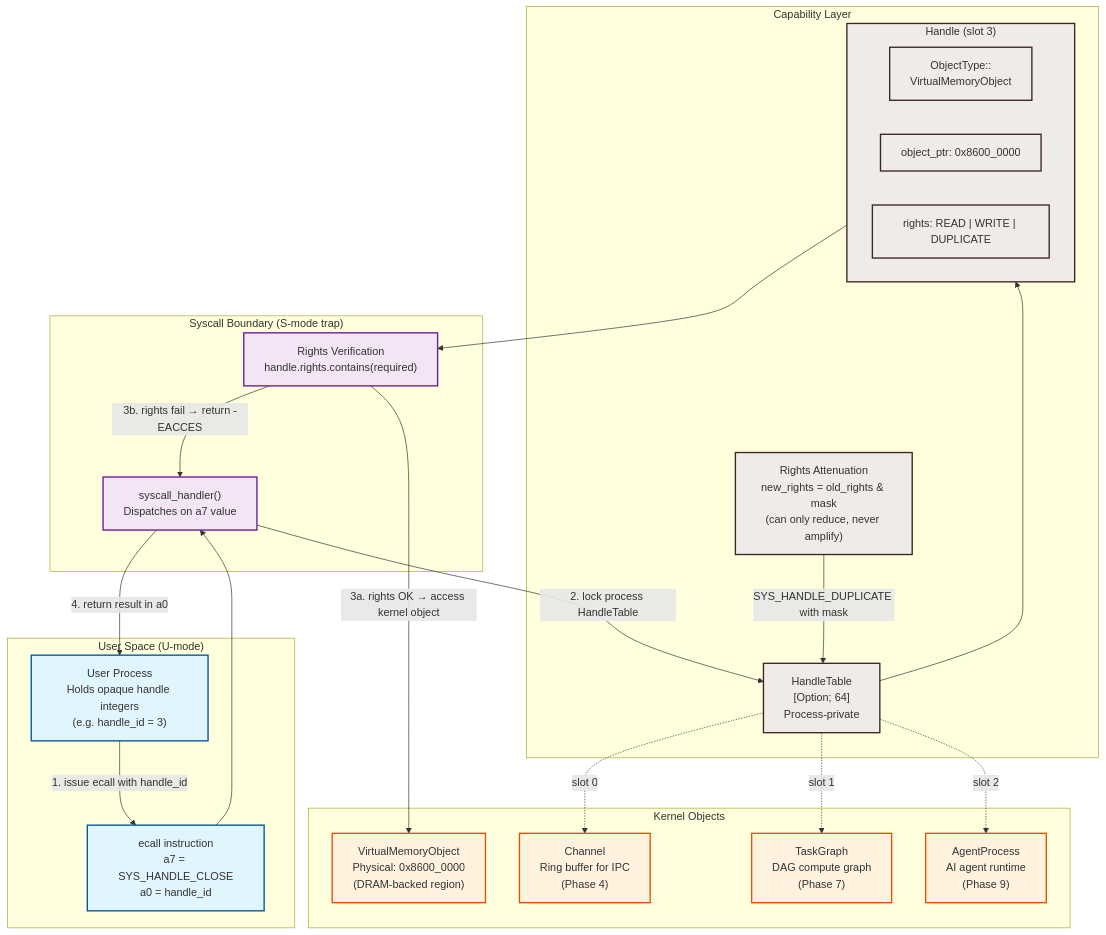
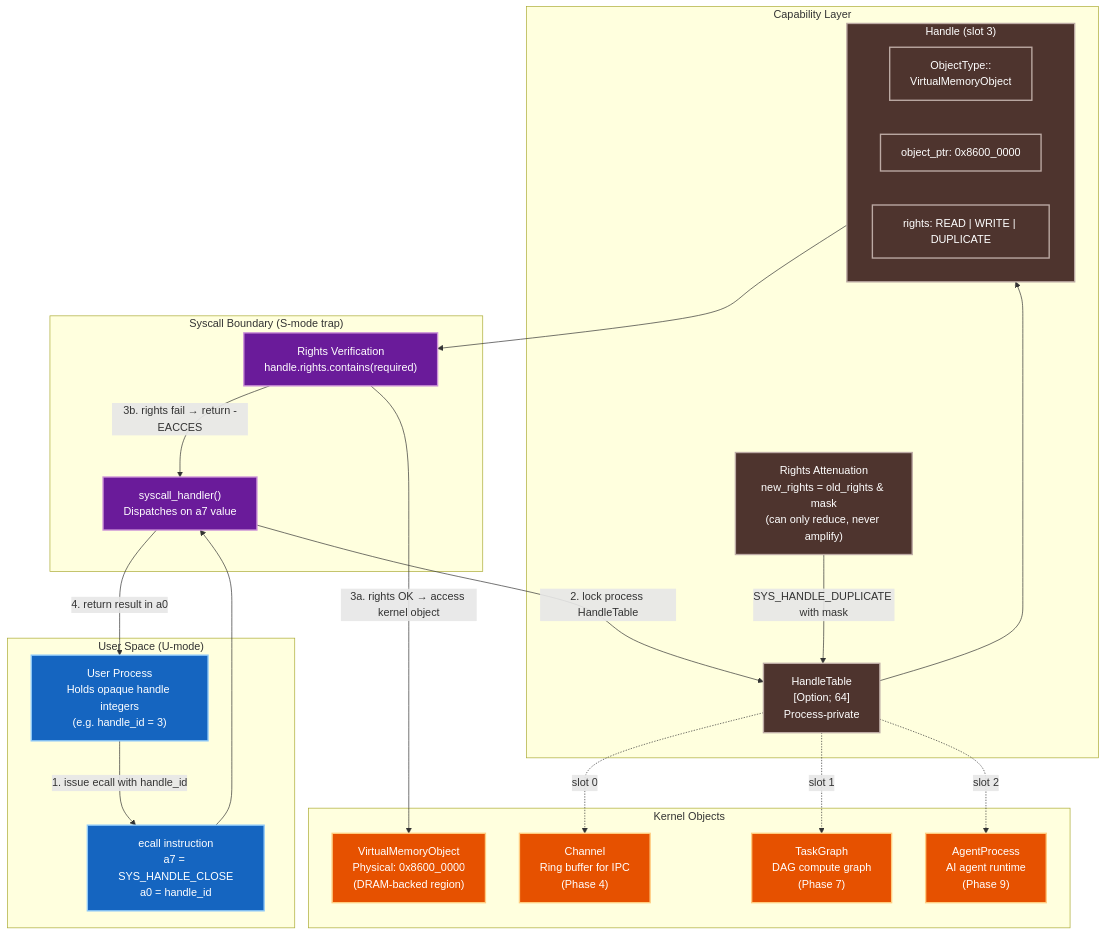
Before and after one commit to hanvith6/VeridianOS: the diagram in docs/PHASE_02_DESIGN.md, drawn with Mermaid. The commit also changed 9 other files, not shown here.

Commit message:
docs: fix mermaid classDef contrast — dark fills + white text across all phase diagrams

````diff
--- a/docs/PHASE_02_DESIGN.md
+++ b/docs/PHASE_02_DESIGN.md
@@ -23,56 +23,56 @@
 ```mermaid
 graph TD
     subgraph UserSpace ["User Space (U-mode)"]
         Proc["User Process\nHolds opaque handle integers\n(e.g. handle_id = 3)"]
         SyscallSite["ecall instruction\na7 = SYS_HANDLE_CLOSE\na0 = handle_id"]
     end
 
     subgraph KernelBoundary ["Syscall Boundary (S-mode trap)"]
         Dispatcher["syscall_handler()\nDispatches on a7 value"]
         Rights_Check["Rights Verification\nhandle.rights.contains(required)"]
     end
 
     subgraph CapabilityLayer ["Capability Layer"]
         HandleTable["HandleTable\n[Option<Handle>; 64]\nProcess-private"]
         
         subgraph HandleSlot ["Handle (slot 3)"]
             ObjType["ObjectType::\nVirtualMemoryObject"]
             ObjPtr["object_ptr: 0x8600_0000"]
             ObjRights["rights: READ | WRITE | DUPLICATE"]
         end
 
         Attenuation["Rights Attenuation\nnew_rights = old_rights & mask\n(can only reduce, never amplify)"]
     end
 
     subgraph KernelObjects ["Kernel Objects"]
         VMO["VirtualMemoryObject\nPhysical: 0x8600_0000\n(DRAM-backed region)"]
         Channel["Channel\nRing buffer for IPC\n(Phase 4)"]
         TaskGraph["TaskGraph\nDAG compute graph\n(Phase 7)"]
         AgentProcess["AgentProcess\nAI agent runtime\n(Phase 9)"]
     end
 
     Proc -->|"1. issue ecall with handle_id"| SyscallSite
     SyscallSite --> Dispatcher
     Dispatcher -->|"2. lock process HandleTable"| HandleTable
     HandleTable --> HandleSlot
     HandleSlot --> Rights_Check
     Rights_Check -->|"3a. rights OK → access kernel object"| VMO
     Rights_Check -->|"3b. rights fail → return -EACCES"| Dispatcher
     Dispatcher -->|"4. return result in a0"| Proc
 
     HandleTable -.->|"slot 0"| Channel
     HandleTable -.->|"slot 1"| TaskGraph
     HandleTable -.->|"slot 2"| AgentProcess
 
     Attenuation -->|"SYS_HANDLE_DUPLICATE with mask"| HandleTable
 
-    classDef user fill:#e1f5fe,stroke:#01579b,stroke-width:2px;
-    classDef boundary fill:#f3e5f5,stroke:#6a1b9a,stroke-width:2px;
-    classDef capability fill:#efebe9,stroke:#3e2723,stroke-width:2px;
-    classDef object fill:#fff3e0,stroke:#e65100,stroke-width:2px;
+    classDef user fill:#1565c0,stroke:#90caf9,stroke-width:2px,color:#ffffff;
+    classDef boundary fill:#6a1b9a,stroke:#ce93d8,stroke-width:2px,color:#ffffff;
+    classDef capability fill:#4e342e,stroke:#bcaaa4,stroke-width:2px,color:#ffffff;
+    classDef object fill:#e65100,stroke:#ffcc80,stroke-width:2px,color:#ffffff;
 
     class Proc,SyscallSite user;
     class Dispatcher,Rights_Check boundary;
     class HandleTable,HandleSlot,ObjType,ObjPtr,ObjRights,Attenuation capability;
     class VMO,Channel,TaskGraph,AgentProcess object;
 ```
````
